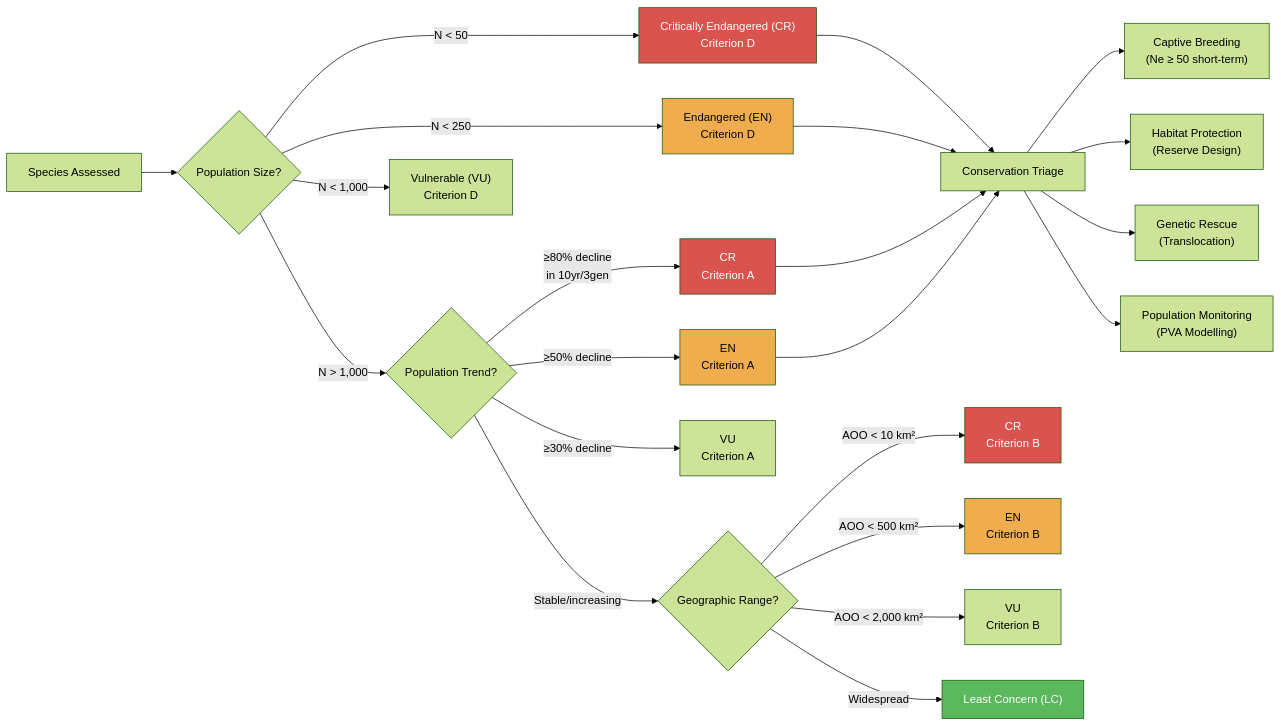
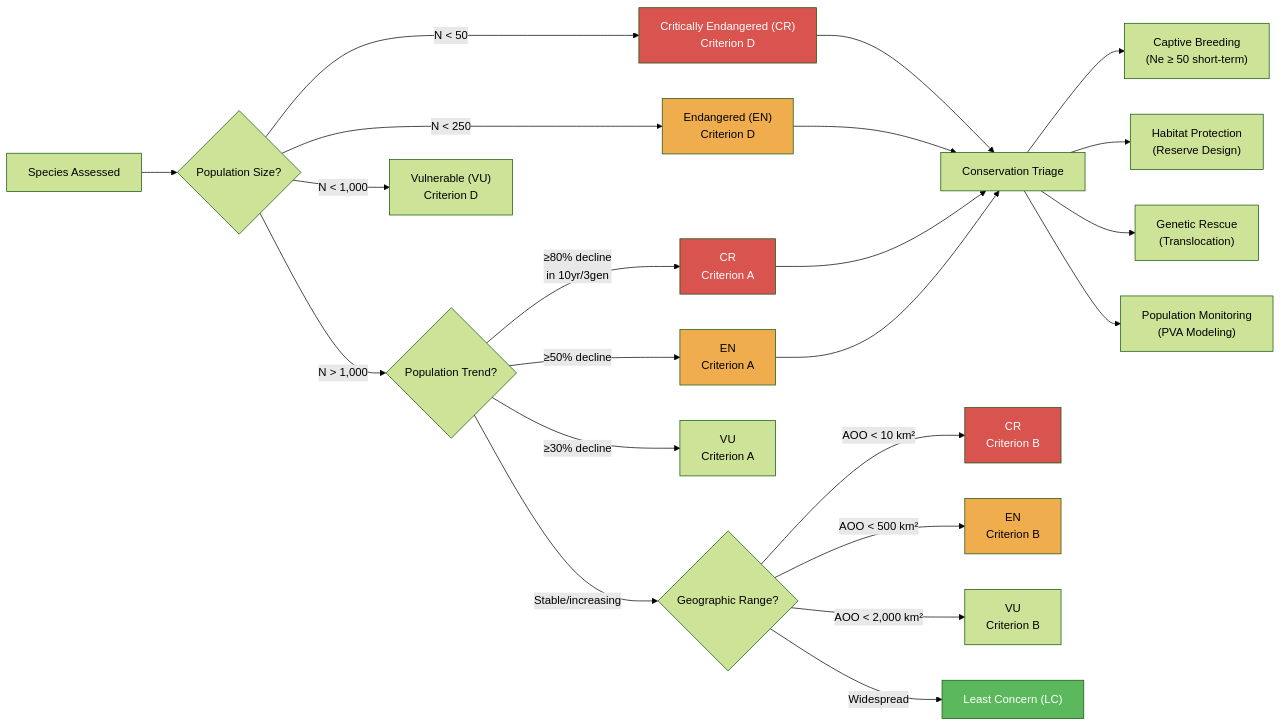
One commit to docxology/biology_textbook changed the third of 6 diagrams in manuscript/unit_X/biomes_and_conservation.md. Above: the diagram before and after it, drawn with Mermaid (forest theme). The commit also changed other lines of this file and 247 other files, not shown here.

````diff
--- a/manuscript/unit_X/biomes_and_conservation.md
+++ b/manuscript/unit_X/biomes_and_conservation.md
@@ -287,36 +296,36 @@
 ```mermaid
 flowchart LR
     ASSESS["Species Assessed"] --> POP{Population Size?}
     POP -->|"N < 50"| CR1["Critically Endangered (CR)\nCriterion D"]
     POP -->|"N < 250"| EN1["Endangered (EN)\nCriterion D"]
     POP -->|"N < 1,000"| VU1["Vulnerable (VU)\nCriterion D"]
     POP -->|"N > 1,000"| DECLINE{Population Trend?}
 
     DECLINE -->|"≥80% decline\nin 10yr/3gen"| CR2["CR\nCriterion A"]
     DECLINE -->|"≥50% decline"| EN2["EN\nCriterion A"]
     DECLINE -->|"≥30% decline"| VU2["VU\nCriterion A"]
     DECLINE -->|"Stable/increasing"| RANGE{Geographic Range?}
 
     RANGE -->|"AOO < 10 km²"| CR3["CR\nCriterion B"]
     RANGE -->|"AOO < 500 km²"| EN3["EN\nCriterion B"]
     RANGE -->|"AOO < 2,000 km²"| VU3["VU\nCriterion B"]
     RANGE -->|"Widespread"| LC["Least Concern (LC)"]
 
     CR1 --> ACTION["Conservation Triage"]
     CR2 --> ACTION
     EN1 --> ACTION
     EN2 --> ACTION
 
     ACTION --> CAPTIVE["Captive Breeding\n(Ne ≥ 50 short-term)"]
     ACTION --> HABITAT["Habitat Protection\n(Reserve Design)"]
     ACTION --> GENETIC["Genetic Rescue\n(Translocation)"]
-    ACTION --> MONITOR["Population Monitoring\n(PVA Modelling)"]
+    ACTION --> MONITOR["Population Monitoring\n(PVA Modeling)"]
 
     style CR1 fill:#d9534f,color:#fff
     style CR2 fill:#d9534f,color:#fff
     style CR3 fill:#d9534f,color:#fff
     style EN1 fill:#f0ad4e,color:#000
     style EN2 fill:#f0ad4e,color:#000
     style EN3 fill:#f0ad4e,color:#000
     style LC fill:#5cb85c,color:#fff
 ```
````
